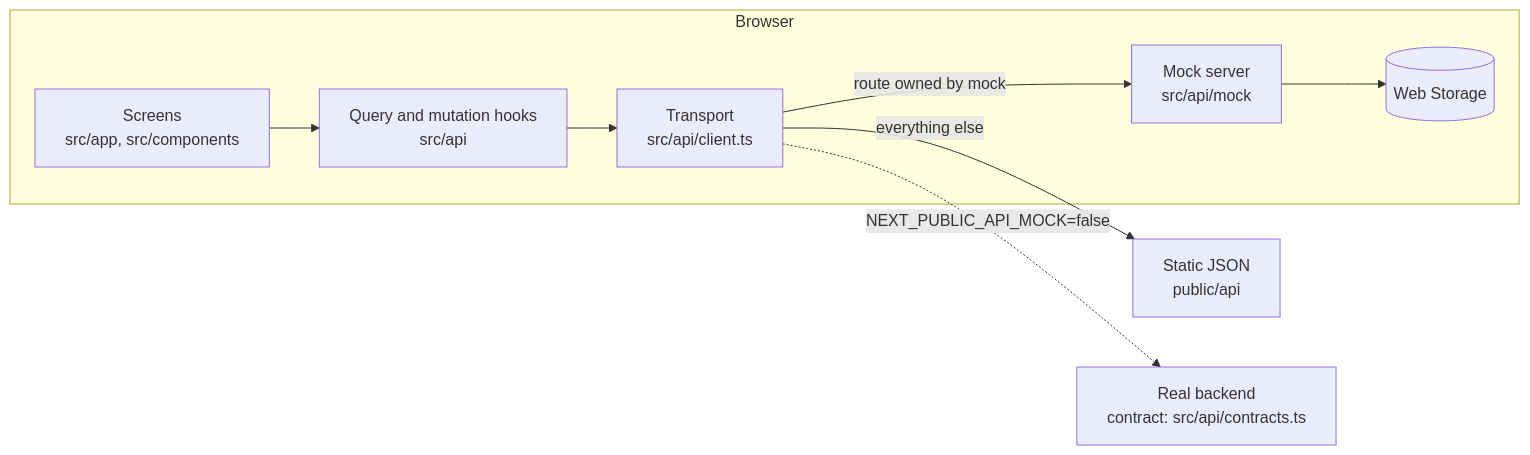
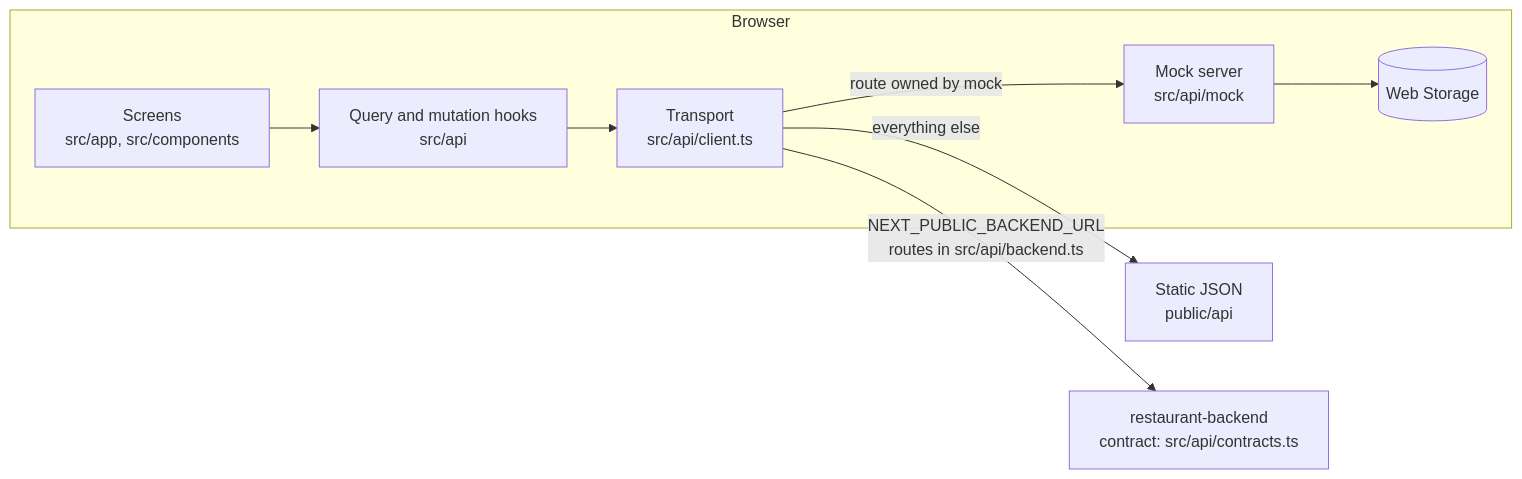
Before and after one commit to abhishekshah100/restaurant-order: the diagram in docs/README.md, drawn with Mermaid. The commit also changed other lines of this file and 20 other files, not shown here.

````diff
--- a/docs/README.md
+++ b/docs/README.md
@@ -21,11 +22,11 @@
 ```mermaid
 flowchart LR
   subgraph Browser
     UI[Screens<br/>src/app, src/components] --> Hooks[Query and mutation hooks<br/>src/api]
     Hooks --> Client[Transport<br/>src/api/client.ts]
     Client -->|route owned by mock| Mock[Mock server<br/>src/api/mock]
     Mock --> Storage[(Web Storage)]
   end
   Client -->|everything else| Static[Static JSON<br/>public/api]
-  Client -.->|NEXT_PUBLIC_API_MOCK=false| API[Real backend<br/>contract: src/api/contracts.ts]
+  Client -->|NEXT_PUBLIC_BACKEND_URL<br/>routes in src/api/backend.ts| API[restaurant-backend<br/>contract: src/api/contracts.ts]
 ```
````
